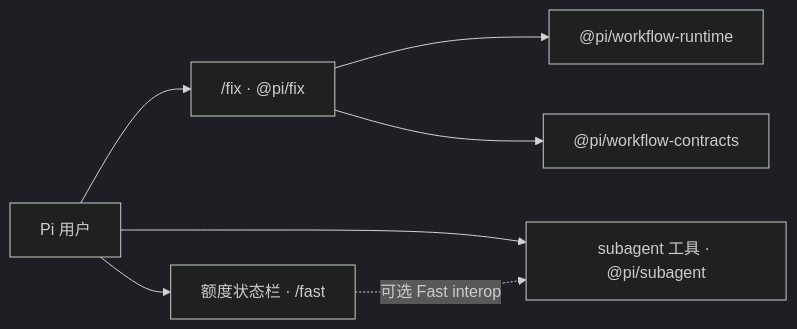
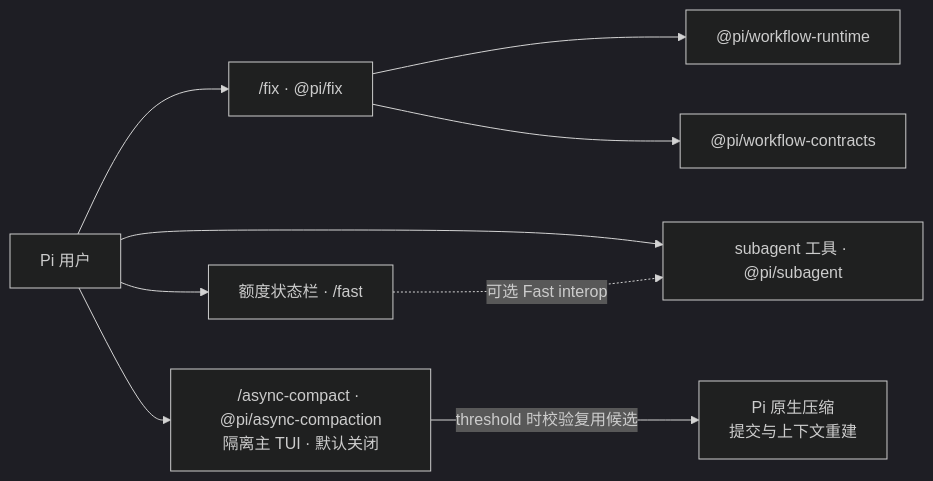
One commit to ZHOUKAILIAN/my-pi-extension changed the diagram in README.md. Above: the diagram before and after it, drawn with Mermaid (dark theme).

Commit message:
docs(async-compaction): include preview in capability diagram

````diff
--- a/README.md
+++ b/README.md
@@ -27,11 +27,13 @@
 ```mermaid
 flowchart LR
     User[Pi 用户]
     User --> Fix["/fix · @pi/fix"]
     User --> Subagent["subagent 工具 · @pi/subagent"]
     User --> Usage["额度状态栏 · /fast"]
+    User --> Async["/async-compact · @pi/async-compaction<br/>隔离主 TUI · 默认关闭"]
 
     Fix --> Runtime["@pi/workflow-runtime"]
     Fix --> Contracts["@pi/workflow-contracts"]
     Usage -. 可选 Fast interop .-> Subagent
+    Async -->|threshold 时校验复用候选| NativeCompaction["Pi 原生压缩<br/>提交与上下文重建"]
 ```
````
